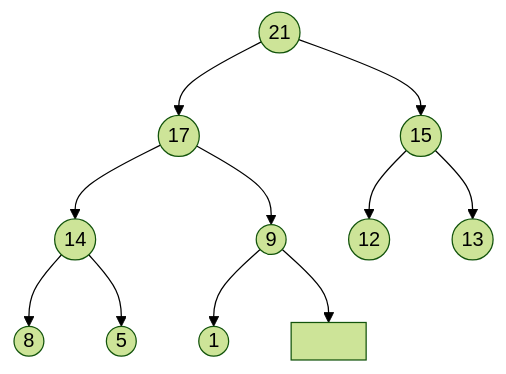
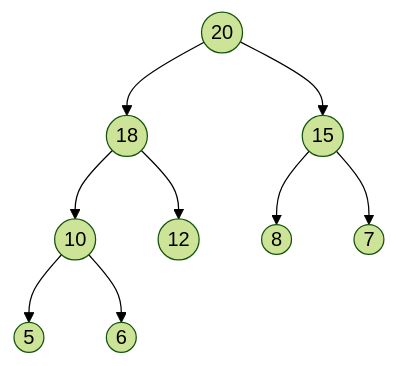
The first of 2 diagrams in _posts/software/data_structure_and_algorithm/2023-05-03-heap.md (YCChenVictor/blog-frontend), drawn with Mermaid (forest theme) before and after one commit. The commit also changed other lines of this file and 28 other files, not shown here.

```diff
--- a/_posts/software/data_structure_and_algorithm/2023-05-03-heap.md
+++ b/_posts/software/data_structure_and_algorithm/2023-05-03-heap.md
@@ -29,17 +28,11 @@
   <div class="mermaid">
     graph TD
-      id1((21)) --> id2((17))
-      id1((21)) --> id3((15))
-    
-      id2((17)) --> id4((14))
-      id2((17)) --> id5((9))
-    
-      id4((14)) --> id6((8))
-      id4((14)) --> id7((5))
-  
-      id5((9)) --> id8((1))
-      id5((9)) --> STOP1[ ]
-  
-      id3((15)) --> id9((12))
-      id3((15)) --> id10((13))
+    B((20)) --> C((18))
+    B((20)) --> D((15))
+    C((18)) --> E((10))
+    C((18)) --> F((12))
+    D((15)) --> G((8))
+    D((15)) --> H((7))
+    E((10)) --> I((5))
+    E((10)) --> J((6))
   </div>
```
